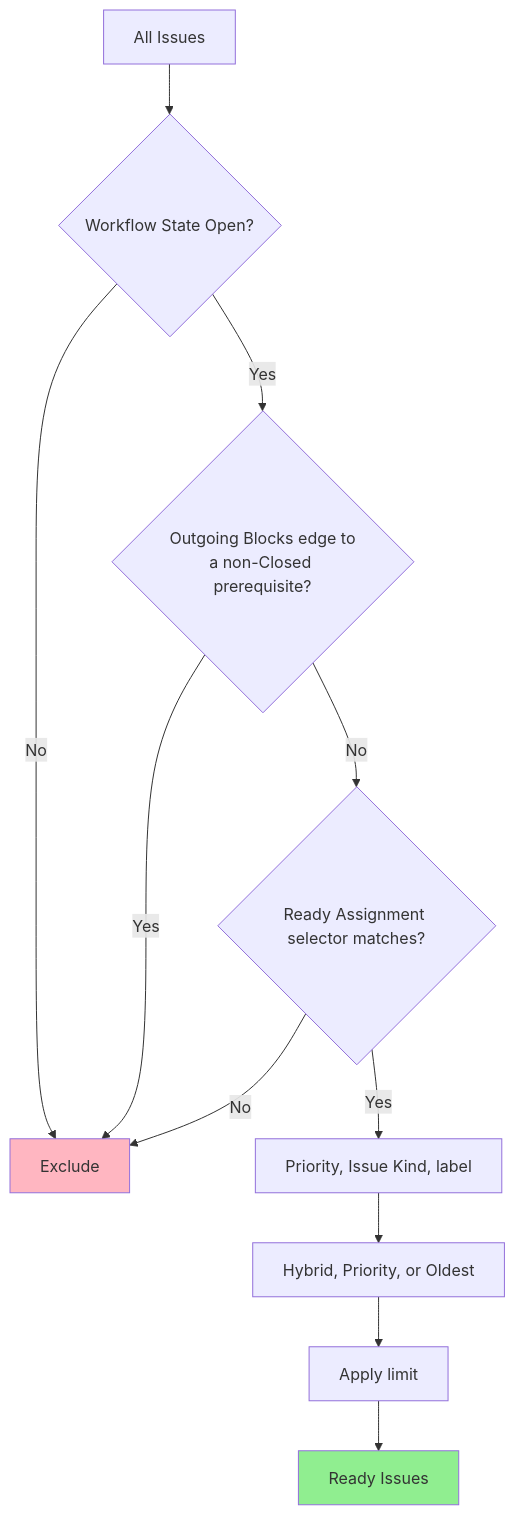
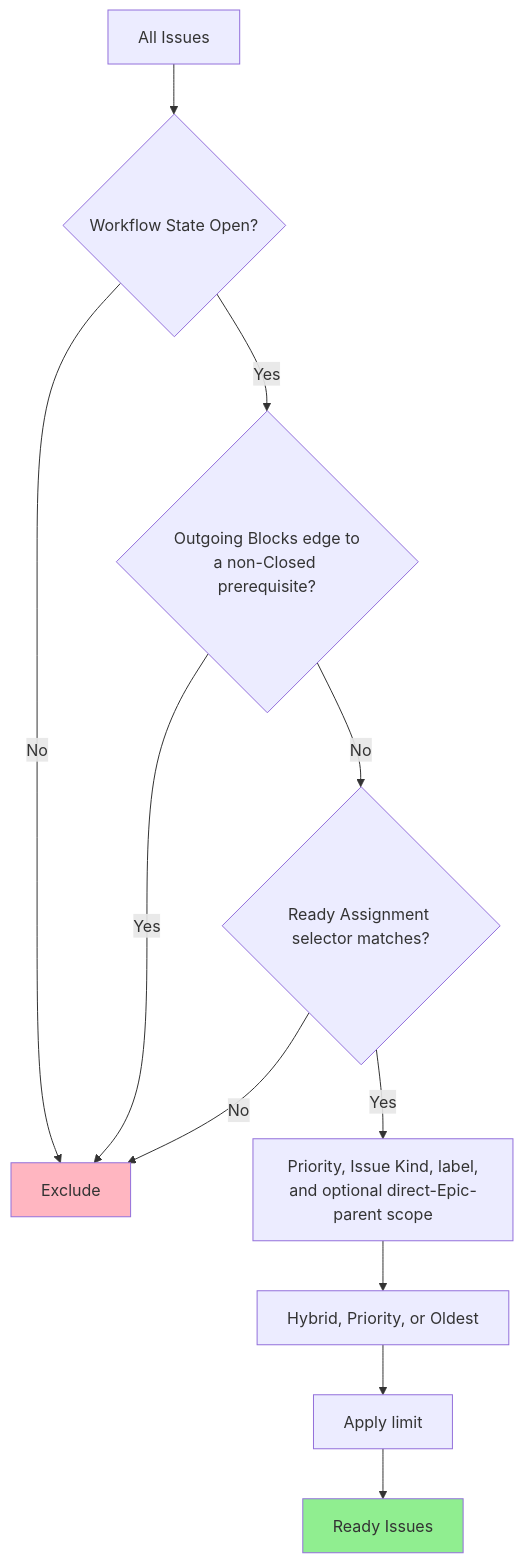
One commit to dwalleck/rivets changed the sixth of 8 diagrams in docs/storage-architecture.md. Above: the diagram before and after it, drawn with Mermaid. The commit also changed other lines of this file and 8 other files, not shown here.

````diff
--- a/docs/storage-architecture.md
+++ b/docs/storage-architecture.md
@@ -342,16 +342,16 @@
 ```mermaid
 graph TD
     Start[All Issues] --> Open{Workflow State Open?}
     Open -->|No| Exclude[Exclude]
     Open -->|Yes| Direct{Outgoing Blocks edge to<br/>a non-Closed prerequisite?}
     Direct -->|Yes| Exclude
     Direct -->|No| Assignment{Ready Assignment selector matches?}
     Assignment -->|No| Exclude
-    Assignment -->|Yes| Filters[Priority, Issue Kind, label]
+    Assignment -->|Yes| Filters[Priority, Issue Kind, label,<br/>and optional direct-Epic-parent scope]
     Filters --> Sort[Hybrid, Priority, or Oldest]
     Sort --> Limit[Apply limit]
     Limit --> Result[Ready Issues]
 
     style Exclude fill:#FFB6C1
     style Result fill:#90EE90
 ```
````
